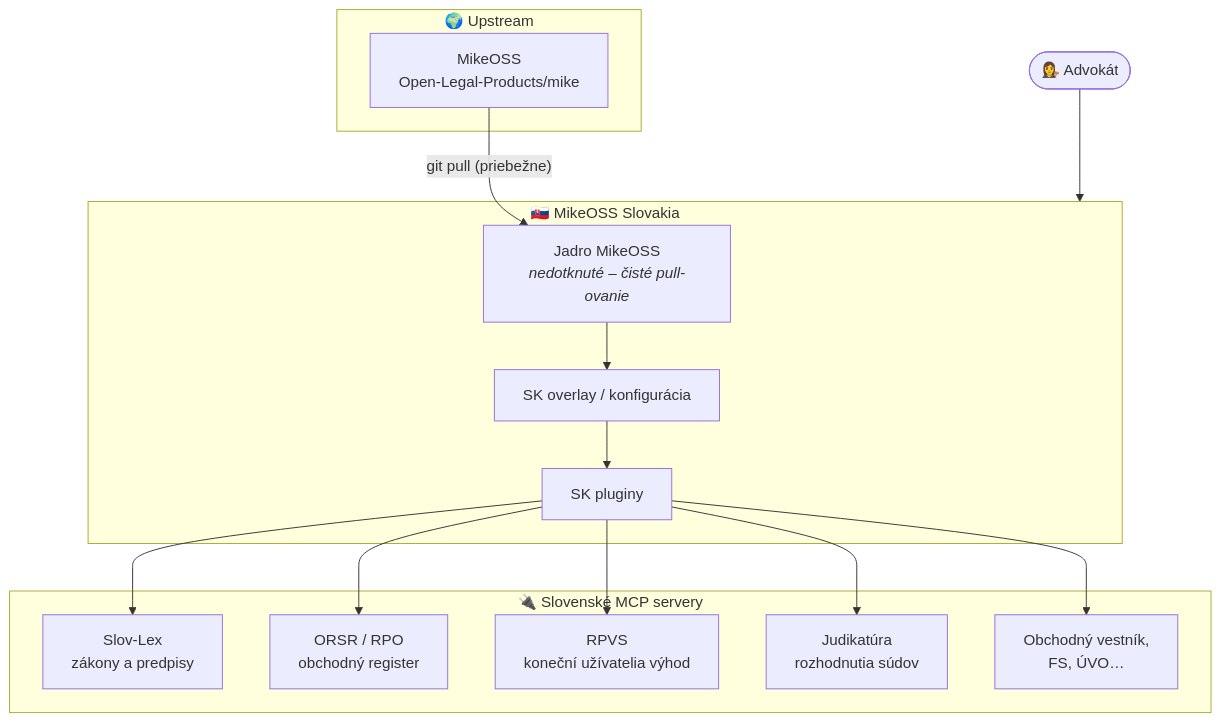
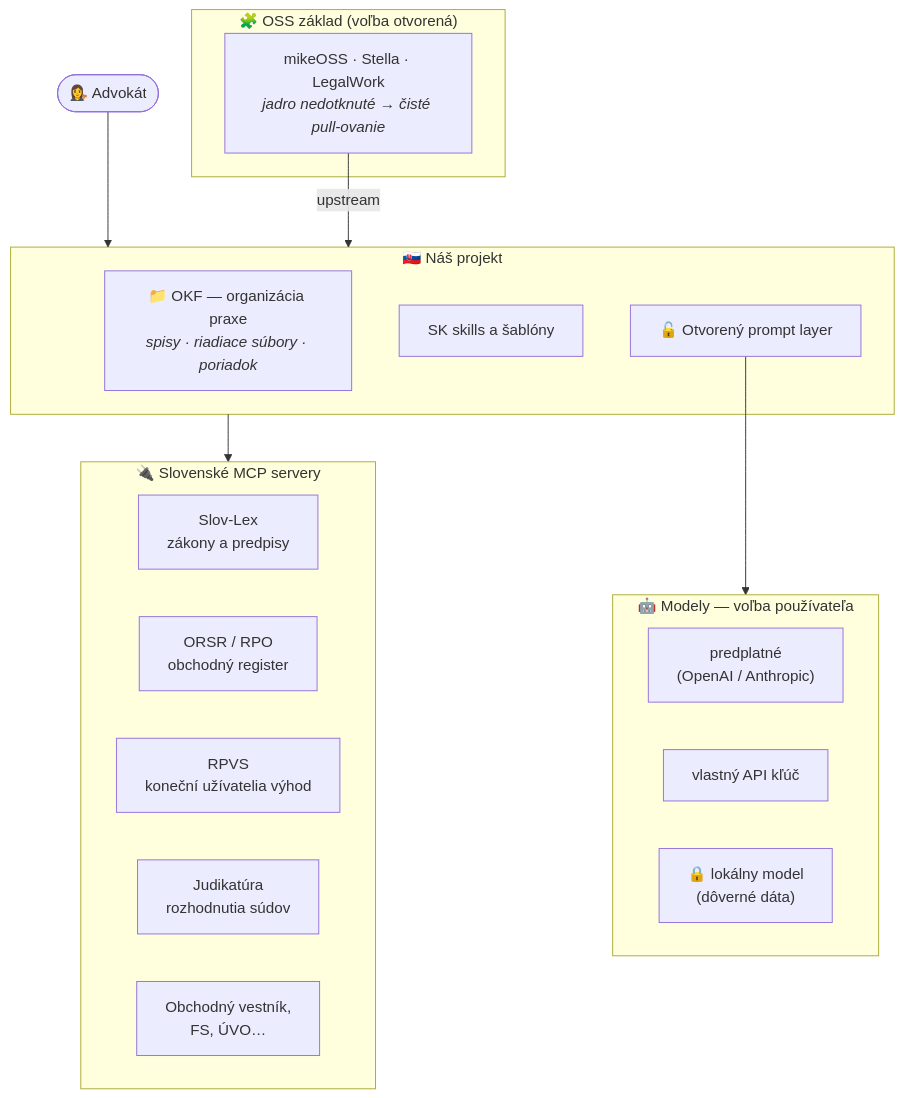
The first of 3 diagrams in README.md (Omni-Legal-Products/lawOSS-like-SK-CZ), drawn with Mermaid before and after one commit. The commit also changed other lines of this file and 3 other files, not shown here.

First line of the commit message:
docs: README a vízia prepísané — základ ako otvorená voľba s pomenovaným trade-offom

````diff
--- a/README.md
+++ b/README.md
@@ -33,26 +51,32 @@
 ```mermaid
 flowchart TB
-    subgraph upstream["🌍 Upstream"]
-        MIKE["MikeOSS<br/>Open-Legal-Products/mike"]
+    ADVOKAT(["👩‍⚖️ Advokát"]) --> SK
+
+    subgraph SK["🇸🇰 Náš projekt"]
+        OKF["📁 OKF — organizácia praxe<br/><i>spisy · riadiace súbory · poriadok</i>"]
+        SKILLS["SK skills a šablóny"]
+        PROMPT["🔓 Otvorený prompt layer"]
     end
 
-    subgraph fork["🇸🇰 MikeOSS Slovakia"]
-        CORE["Jadro MikeOSS<br/><i>nedotknuté – čisté pull-ovanie</i>"]
-        OVERLAY["SK overlay / konfigurácia"]
-        PLUGINS["SK pluginy"]
+    subgraph base["🧩 OSS základ (voľba otvorená)"]
+        B["mikeOSS · Stella · LegalWork<br/><i>jadro nedotknuté → čisté pull-ovanie</i>"]
     end
 
     subgraph mcp["🔌 Slovenské MCP servery"]
         SLOVLEX["Slov-Lex<br/>zákony a predpisy"]
         ORSR["ORSR / RPO<br/>obchodný register"]
         RPVS["RPVS<br/>koneční užívatelia výhod"]
         JUD["Judikatúra<br/>rozhodnutia súdov"]
         OV["Obchodný vestník,<br/>FS, ÚVO…"]
     end
 
-    MIKE -- "git pull (priebežne)" --> CORE
-    CORE --> OVERLAY --> PLUGINS
-    PLUGINS --> SLOVLEX & ORSR & RPVS & JUD & OV
+    subgraph model["🤖 Modely — voľba používateľa"]
+        SUB["predplatné<br/>(OpenAI / Anthropic)"]
+        API["vlastný API kľúč"]
+        LOC["🔒 lokálny model<br/>(dôverné dáta)"]
+    end
 
-    ADVOKAT(["👩‍⚖️ Advokát"]) --> fork
+    B -- "upstream" --> SK
+    SK --> mcp
+    PROMPT --> model
 ```
````
